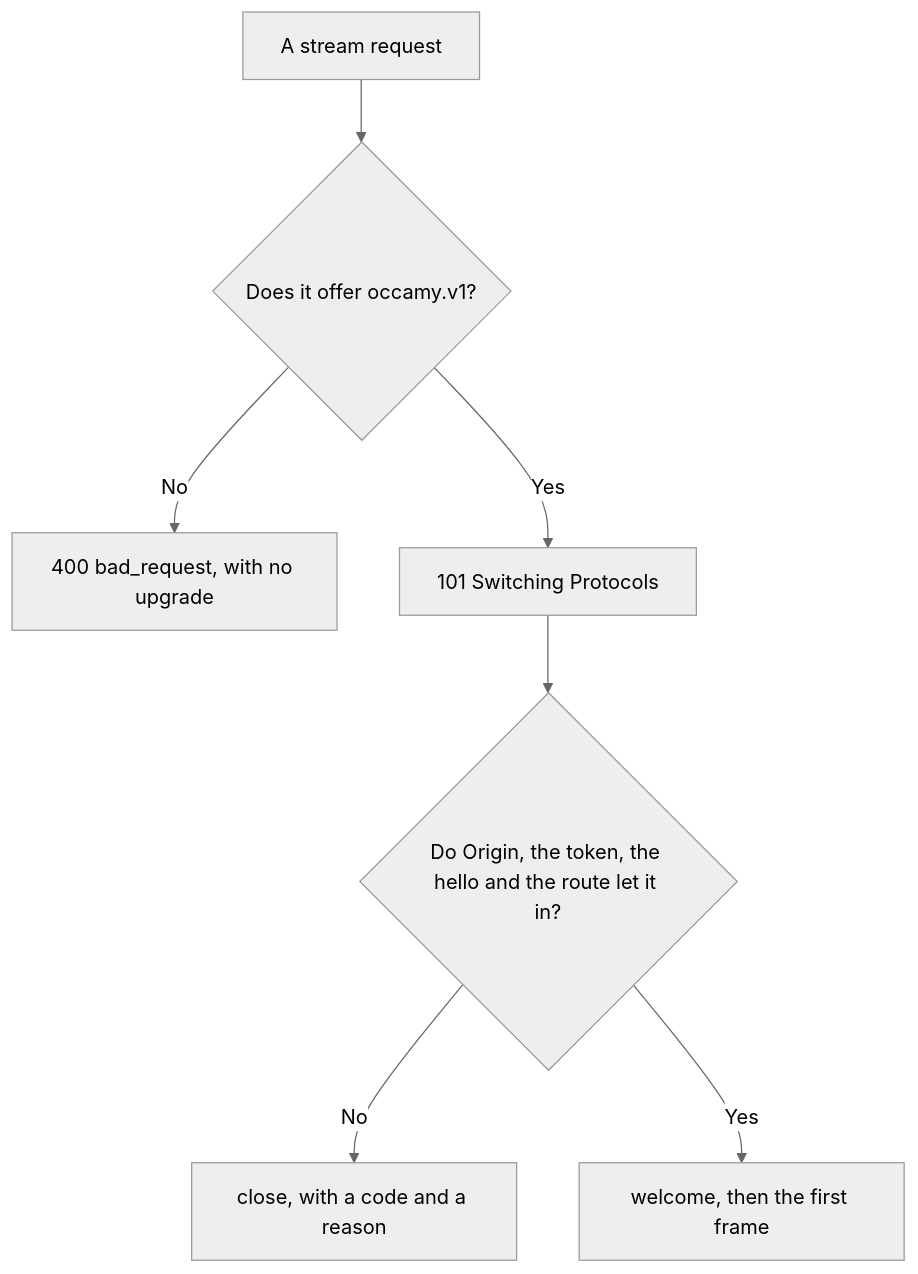
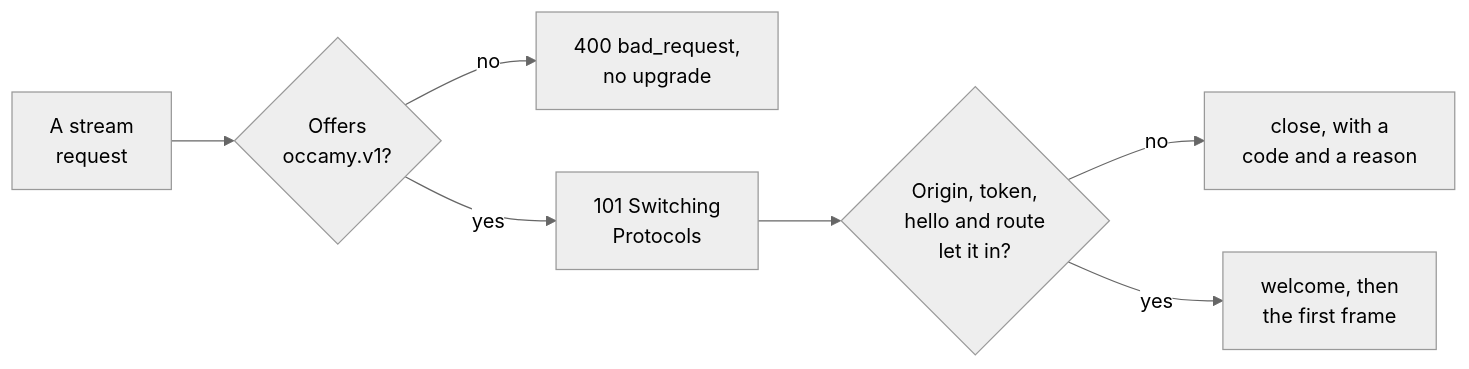
Before and after one commit to changkun/occamy: the fourth of 4 diagrams in docs/api.md, drawn with Mermaid (neutral theme). The commit also changed 7 other files, not shown here.

First line of the commit message:
docs: lay the decision charts out left to right, and name the file occamy.yaml in the deploy figure

````diff
--- a/docs/api.md
+++ b/docs/api.md
@@ -1221,9 +1221,9 @@
 ```mermaid
-flowchart TD
-  R[A stream request] --> S{Does it offer occamy.v1?}
-  S -- No --> H[400 bad_request, with no upgrade]
-  S -- Yes --> U[101 Switching Protocols]
-  U --> C{Do Origin, the token, the hello and the route let it in?}
-  C -- No --> X[close, with a code and a reason]
-  C -- Yes --> W[welcome, then the first frame]
+flowchart LR
+  R["A stream<br/>request"] --> S{"Offers<br/>occamy.v1?"}
+  S -- no --> H["400 bad_request,<br/>no upgrade"]
+  S -- yes --> U["101 Switching<br/>Protocols"]
+  U --> C{"Origin, token,<br/>hello and route<br/>let it in?"}
+  C -- no --> X["close, with a<br/>code and a reason"]
+  C -- yes --> W["welcome, then<br/>the first frame"]
 ```
````
